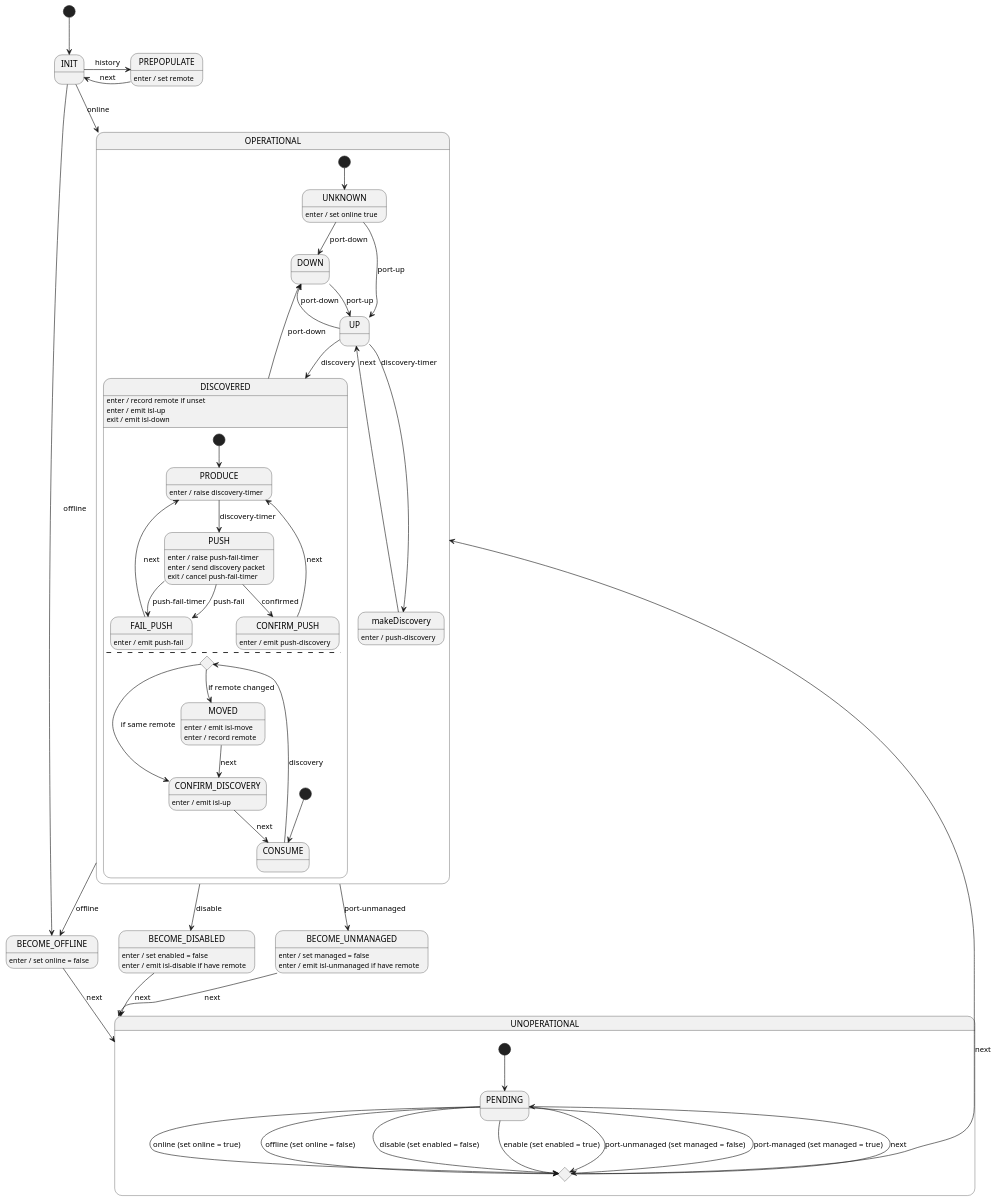
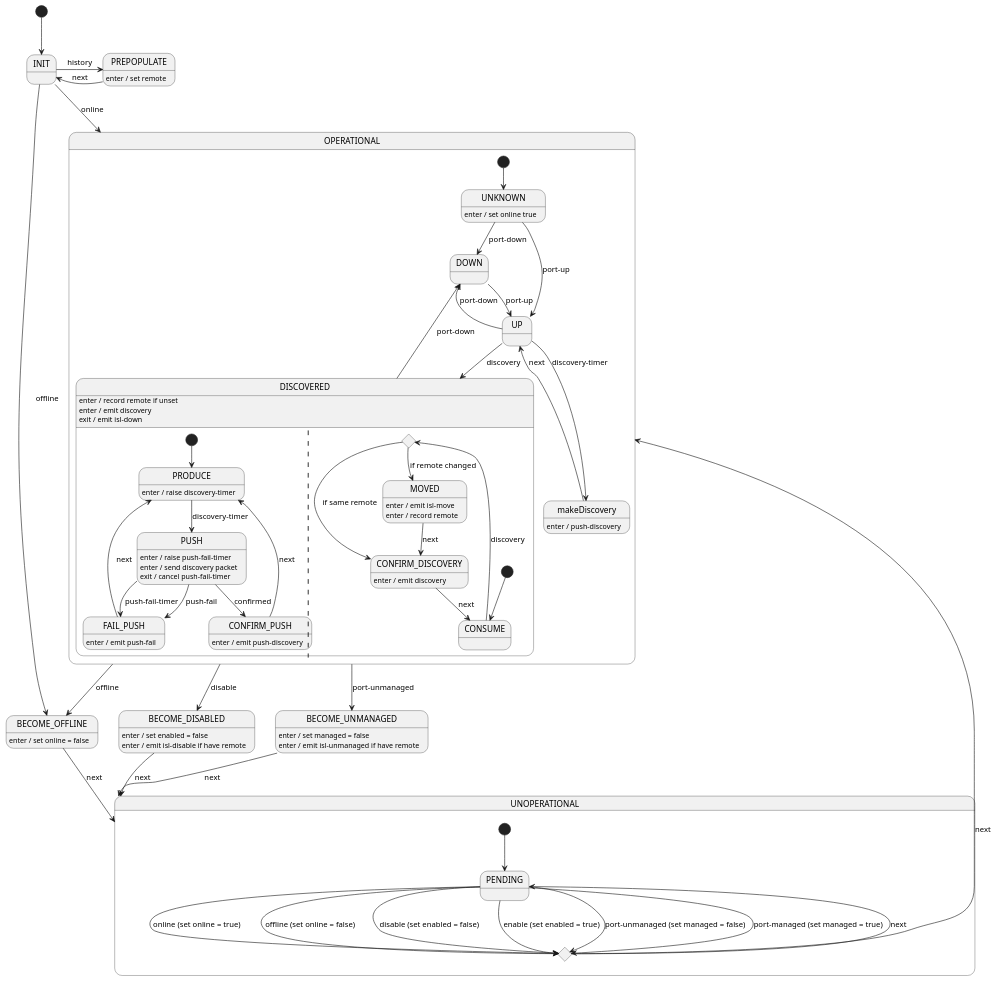
Before and after one commit to jangwonpark74/open-kilda: the diagram in docs/design/network-discovery/port-FSM.puml, drawn with PlantUML. The commit also changed other lines of this file and 5 other files, not shown here.

```diff
--- a/docs/design/network-discovery/port-FSM.puml
+++ b/docs/design/network-discovery/port-FSM.puml
@@ -27,101 +27,101 @@
 @startuml
 [*] --> INIT
 
 INIT -r-> PREPOPULATE : history
 INIT --> BECOME_OFFLINE : offline
 INIT --> OPERATIONAL : online
 
 PREPOPULATE : enter / set remote
 PREPOPULATE -l-> INIT : next
 
 state OPERATIONAL {
     [*] --> UNKNOWN
 
     UNKNOWN --> DOWN : port-down
     UNKNOWN --> UP : port-up
     UNKNOWN : enter / set online true
 
     UP --> DOWN : port-down
     UP --> makeDiscovery : discovery-timer
     UP --> DISCOVERED : discovery
 
     makeDiscovery : enter / push-discovery
     makeDiscovery --> UP : next
 
     DOWN --> UP : port-up
 
     state DISCOVERED {
         DISCOVERED : enter / record remote if unset
-        DISCOVERED : enter / emit isl-up
+        DISCOVERED : enter / emit discovery
         DISCOVERED : exit / emit isl-down
 
         [*] --> PRODUCE
         PRODUCE --> PUSH : discovery-timer
         PRODUCE : enter / raise discovery-timer
 
         PUSH --> CONFIRM_PUSH : confirmed
         PUSH --> FAIL_PUSH : push-fail-timer
         PUSH --> FAIL_PUSH : push-fail
         PUSH : enter / raise push-fail-timer
         PUSH : enter / send discovery packet
         PUSH : exit / cancel push-fail-timer
 
         CONFIRM_PUSH --> PRODUCE : next
         CONFIRM_PUSH : enter / emit push-discovery
 
         FAIL_PUSH --> PRODUCE : next
         FAIL_PUSH : enter / emit push-fail
 
-        --
+        ||
 
         state checkMoved <<choice>>
 
         [*] --> CONSUME
         
         CONSUME --> checkMoved : discovery 
 
         checkMoved --> CONFIRM_DISCOVERY : if same remote
         checkMoved --> MOVED : if remote changed
 
         MOVED --> CONFIRM_DISCOVERY : next
         MOVED : enter / emit isl-move
         MOVED : enter / record remote
 
         CONFIRM_DISCOVERY --> CONSUME : next
-        CONFIRM_DISCOVERY : enter / emit isl-up
+        CONFIRM_DISCOVERY : enter / emit discovery
     }
     DISCOVERED --> DOWN : port-down
 }
 
 OPERATIONAL --> BECOME_OFFLINE : offline
 OPERATIONAL --> BECOME_DISABLED : disable
 OPERATIONAL --> BECOME_UNMANAGED : port-unmanaged
 
 BECOME_OFFLINE --> UNOPERATIONAL : next
 BECOME_OFFLINE : enter / set online = false
 
 BECOME_DISABLED --> UNOPERATIONAL : next
 BECOME_DISABLED : enter / set enabled = false
 BECOME_DISABLED : enter / emit isl-disable if have remote
 
 BECOME_UNMANAGED --> UNOPERATIONAL : next
 BECOME_UNMANAGED : enter / set managed = false
 BECOME_UNMANAGED : enter / emit isl-unmanaged if have remote
 
 state UNOPERATIONAL {
     [*] --> PENDING
 
     state OPERATIONAL_DECISION <<choice>>
 
     PENDING --> OPERATIONAL_DECISION : online (set online = true)
     PENDING --> OPERATIONAL_DECISION : offline (set online = false)
     PENDING --> OPERATIONAL_DECISION : disable (set enabled = false)
     PENDING --> OPERATIONAL_DECISION : enable (set enabled = true)
     PENDING --> OPERATIONAL_DECISION : port-unmanaged (set managed = false)
     PENDING --> OPERATIONAL_DECISION : port-managed (set managed = true)
 
     OPERATIONAL_DECISION --> PENDING : next
     OPERATIONAL_DECISION -u-> OPERATIONAL : next
 }
 
 @enduml
```
